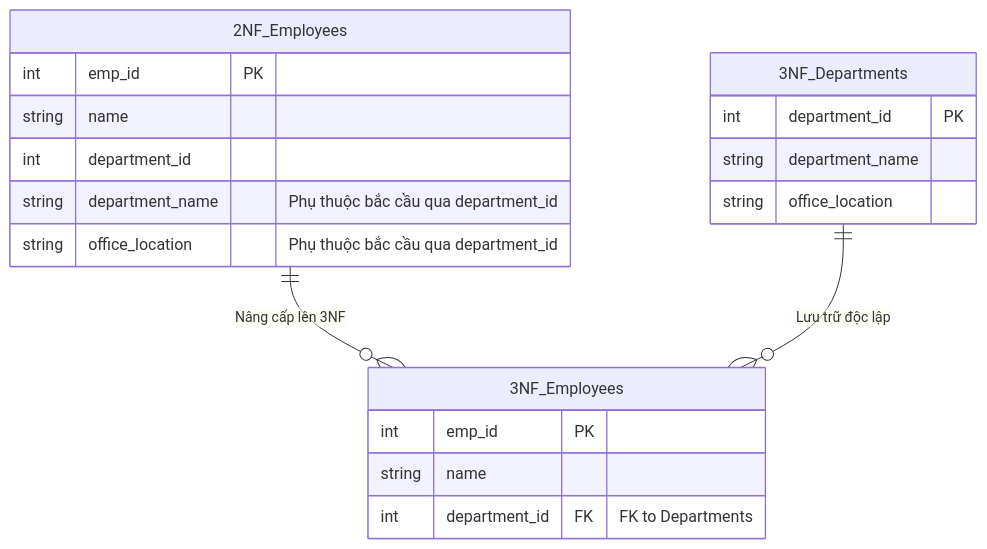
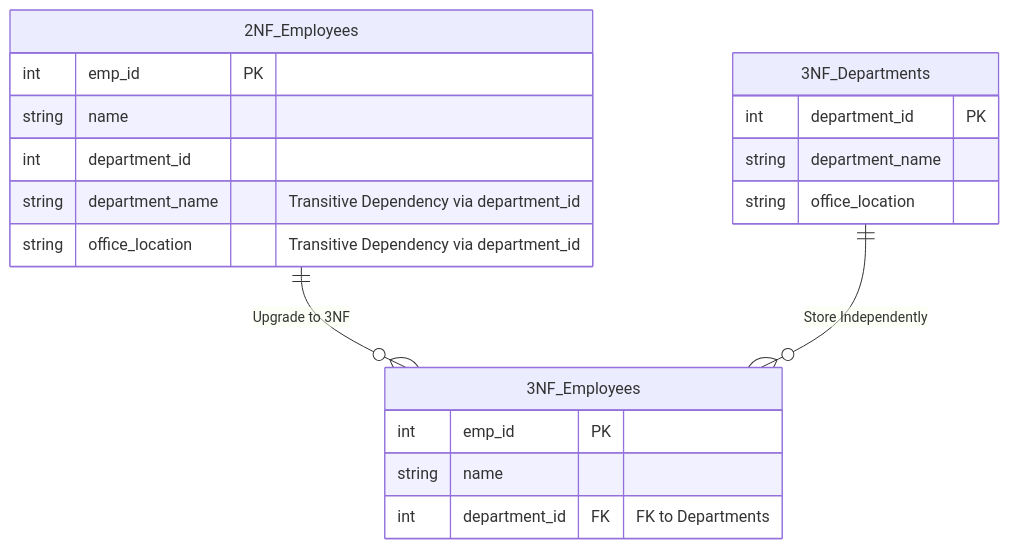
The diagram in src/data/blog/en/69-2026-09-08-database-design-03-3nf-completely-eliminate-transitive-dependencies.md (ga2631/ga2631.github.io), drawn with Mermaid before and after one commit. The commit also changed other lines of this file and 74 other files, not shown here.

````diff
--- a/src/data/blog/en/69-2026-09-08-database-design-03-3nf-completely-eliminate-transitive-dependencies.md
+++ b/src/data/blog/en/69-2026-09-08-database-design-03-3nf-completely-eliminate-transitive-dependencies.md
@@ -29,25 +29,25 @@
 ```mermaid
 erDiagram
     "2NF_Employees" {
         int emp_id PK
         string name
         int department_id
-        string department_name "Phụ thuộc bắc cầu qua department_id"
-        string office_location "Phụ thuộc bắc cầu qua department_id"
+        string department_name "Transitive Dependency via department_id"
+        string office_location "Transitive Dependency via department_id"
     }
 
     "3NF_Departments" {
         int department_id PK
         string department_name
         string office_location
     }
 
     "3NF_Employees" {
         int emp_id PK
         string name
         int department_id FK "FK to Departments"
     }
 
-    "2NF_Employees" ||--o{ "3NF_Employees" : "Nâng cấp lên 3NF"
-    "3NF_Departments" ||--o{ "3NF_Employees" : "Lưu trữ độc lập"
+    "2NF_Employees" ||--o{ "3NF_Employees" : "Upgrade to 3NF"
+    "3NF_Departments" ||--o{ "3NF_Employees" : "Store Independently"
 ```
````
